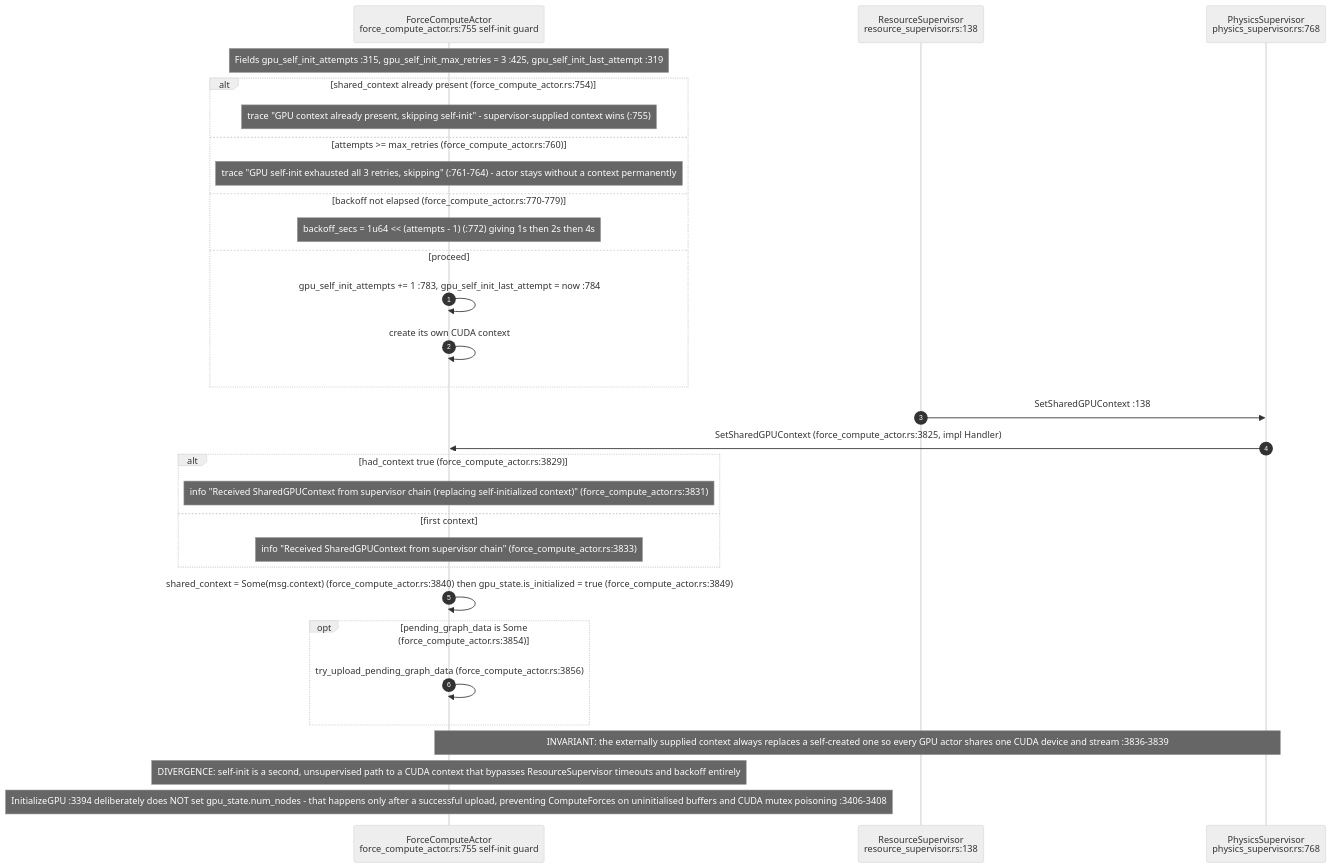
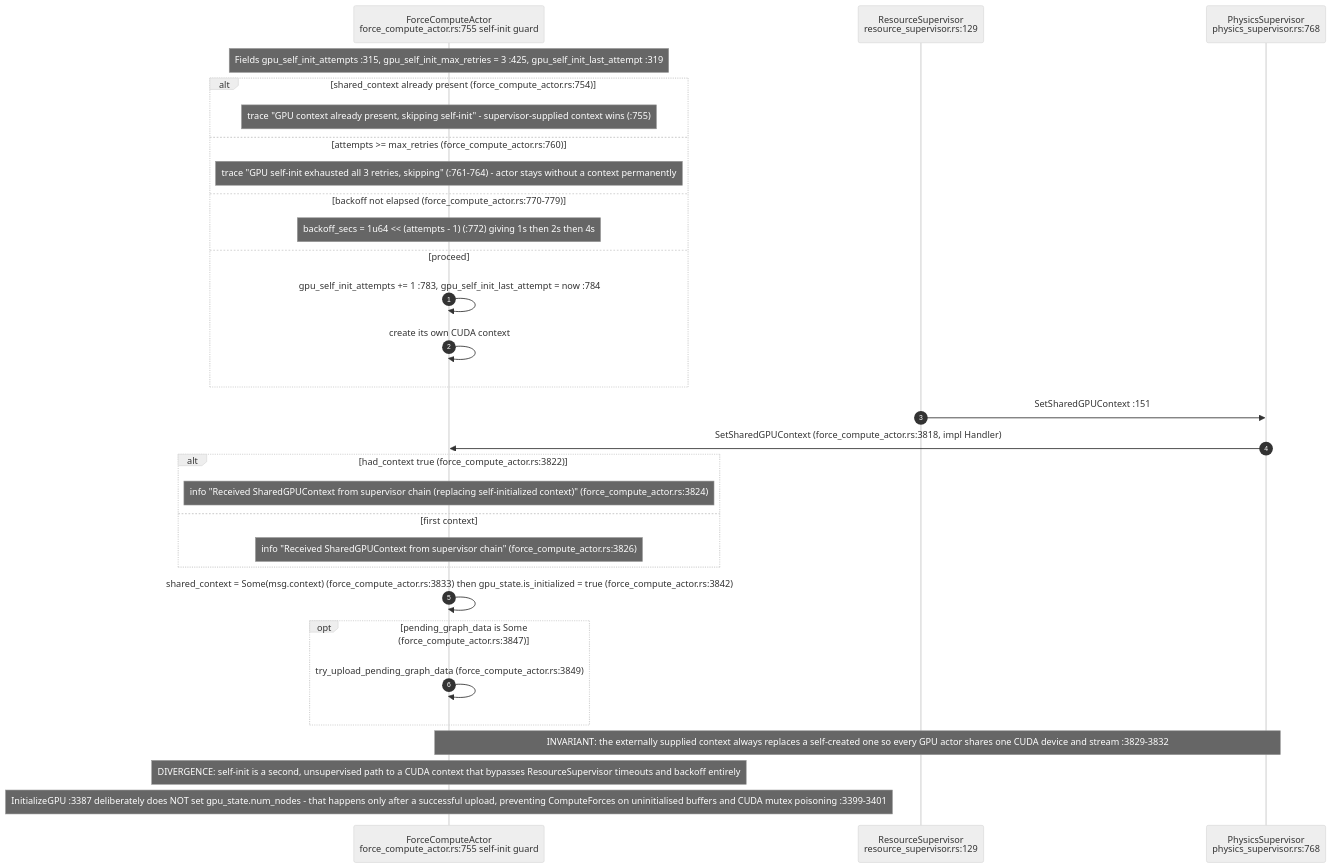
One commit to DreamLab-AI/VisionFlow changed the sixth of 7 diagrams in docs/diagrams/visionclaw/10-gpu-supervision-and-context-bus.md. Above: the diagram before and after it, drawn with Mermaid (neutral theme). The commit also changed other lines of this file and 94 other files, not shown here.

First line of the commit message:
docs(diagrams): re-verify 130 topics against 2 October HEADs

````diff
--- a/docs/diagrams/visionclaw/10-gpu-supervision-and-context-bus.md
+++ b/docs/diagrams/visionclaw/10-gpu-supervision-and-context-bus.md
@@ -236,33 +236,33 @@
 ```mermaid
 sequenceDiagram
     autonumber
     participant FCA as ForceComputeActor<br/>force_compute_actor.rs:755 self-init guard
-    participant RS as ResourceSupervisor<br/>resource_supervisor.rs:138
+    participant RS as ResourceSupervisor<br/>resource_supervisor.rs:129
     participant PS as PhysicsSupervisor<br/>physics_supervisor.rs:768
 
     Note over FCA: Fields gpu_self_init_attempts :315, gpu_self_init_max_retries = 3 :425, gpu_self_init_last_attempt :319
     alt shared_context already present (force_compute_actor.rs:754)
         Note over FCA: trace "GPU context already present, skipping self-init" - supervisor-supplied context wins (:755)
     else attempts >= max_retries (force_compute_actor.rs:760)
         Note over FCA: trace "GPU self-init exhausted all 3 retries, skipping" (:761-764) - actor stays without a context permanently
     else backoff not elapsed (force_compute_actor.rs:770-779)
         Note over FCA: backoff_secs = 1u64 << (attempts - 1) (:772) giving 1s then 2s then 4s
     else proceed
         FCA->>FCA: gpu_self_init_attempts += 1 :783, gpu_self_init_last_attempt = now :784
         FCA->>FCA: create its own CUDA context
     end
-    RS->>PS: SetSharedGPUContext :138
-    PS->>FCA: SetSharedGPUContext (force_compute_actor.rs:3825, impl Handler)
-    alt had_context true (force_compute_actor.rs:3829)
-        Note over FCA: info "Received SharedGPUContext from supervisor chain (replacing self-initialized context)" (force_compute_actor.rs:3831)
+    RS->>PS: SetSharedGPUContext :151
+    PS->>FCA: SetSharedGPUContext (force_compute_actor.rs:3818, impl Handler)
+    alt had_context true (force_compute_actor.rs:3822)
+        Note over FCA: info "Received SharedGPUContext from supervisor chain (replacing self-initialized context)" (force_compute_actor.rs:3824)
     else first context
-        Note over FCA: info "Received SharedGPUContext from supervisor chain" (force_compute_actor.rs:3833)
+        Note over FCA: info "Received SharedGPUContext from supervisor chain" (force_compute_actor.rs:3826)
     end
-    FCA->>FCA: shared_context = Some(msg.context) (force_compute_actor.rs:3840) then gpu_state.is_initialized = true (force_compute_actor.rs:3849)
-    opt pending_graph_data is Some (force_compute_actor.rs:3854)
-        FCA->>FCA: try_upload_pending_graph_data (force_compute_actor.rs:3856)
+    FCA->>FCA: shared_context = Some(msg.context) (force_compute_actor.rs:3833) then gpu_state.is_initialized = true (force_compute_actor.rs:3842)
+    opt pending_graph_data is Some (force_compute_actor.rs:3847)
+        FCA->>FCA: try_upload_pending_graph_data (force_compute_actor.rs:3849)
     end
-    Note over FCA,PS: INVARIANT: the externally supplied context always replaces a self-created one so every GPU actor shares one CUDA device and stream :3836-3839
+    Note over FCA,PS: INVARIANT: the externally supplied context always replaces a self-created one so every GPU actor shares one CUDA device and stream :3829-3832
     Note over FCA: DIVERGENCE: self-init is a second, unsupervised path to a CUDA context that bypasses ResourceSupervisor timeouts and backoff entirely
-    Note over FCA: InitializeGPU :3394 deliberately does NOT set gpu_state.num_nodes - that happens only after a successful upload, preventing ComputeForces on uninitialised buffers and CUDA mutex poisoning :3406-3408
+    Note over FCA: InitializeGPU :3387 deliberately does NOT set gpu_state.num_nodes - that happens only after a successful upload, preventing ComputeForces on uninitialised buffers and CUDA mutex poisoning :3399-3401
 ```
````
